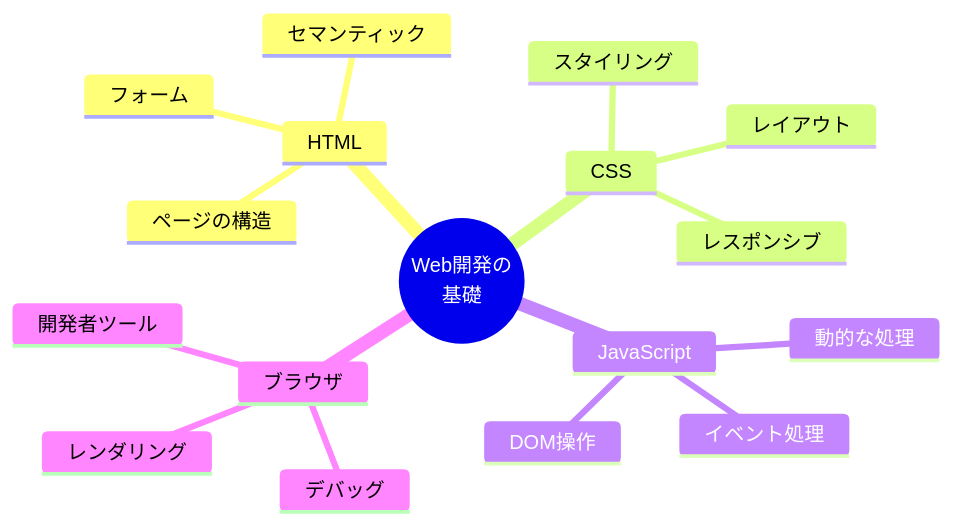
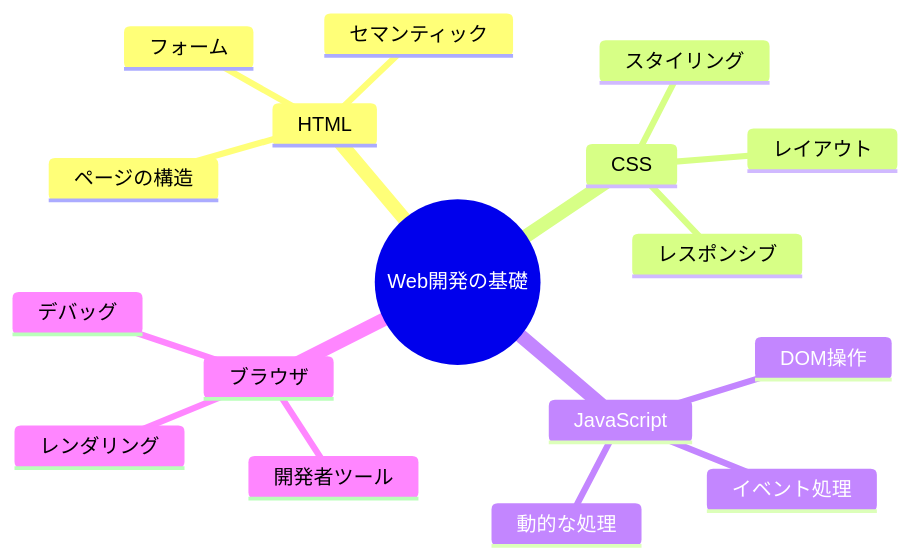
Before and after one commit to shuhei0720/keion-circle-site: the first of 15 diagrams in docs/textbook/02-Web開発の基礎知識.md, drawn with Mermaid. The commit also changed other lines of this file, not shown here.

First line of the commit message:
🐛 mermaid図のエラー修正とコード説明を大幅強化

````diff
--- a/docs/textbook/02-Web開発の基礎知識.md
+++ b/docs/textbook/02-Web開発の基礎知識.md
@@ -7,20 +7,20 @@
 ```mermaid
 mindmap
-  root((Web開発の<br/>基礎))
+  root((Web開発の基礎))
     HTML
       ページの構造
       セマンティック
       フォーム
     CSS
       スタイリング
       レイアウト
       レスポンシブ
     JavaScript
       動的な処理
       DOM操作
       イベント処理
     ブラウザ
       レンダリング
       開発者ツール
       デバッグ
 ```
````
